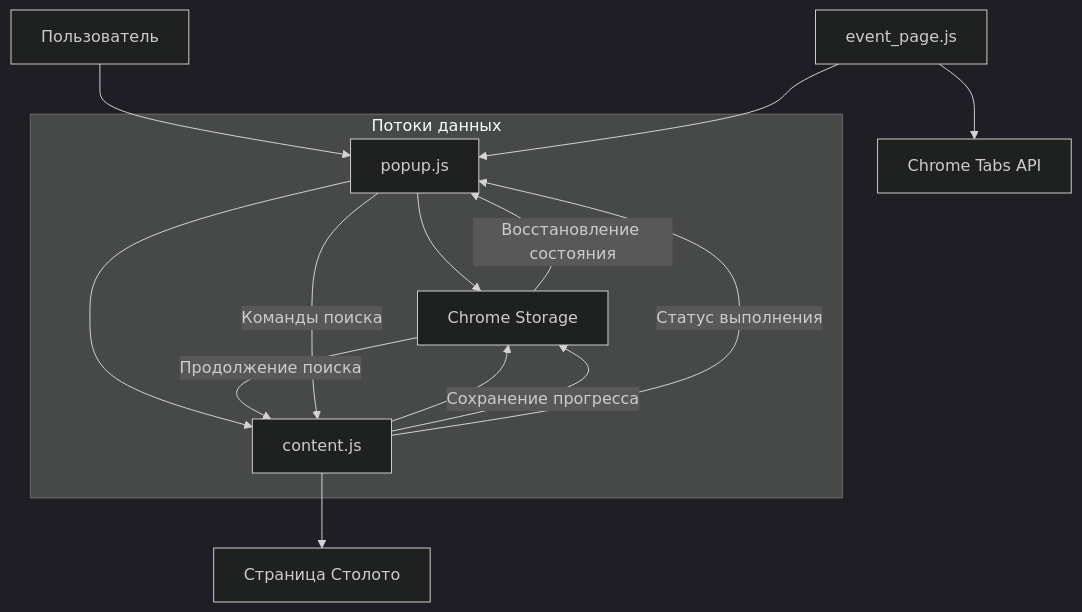
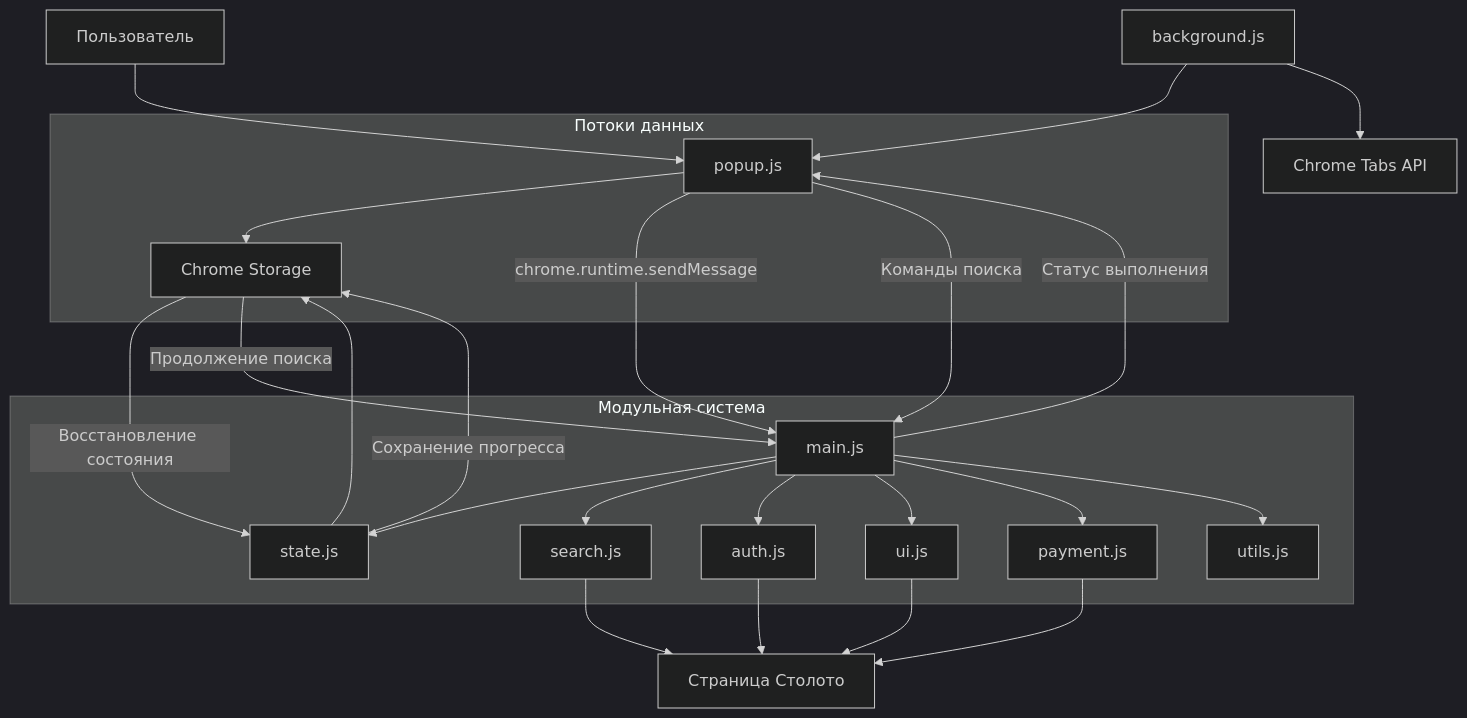
One commit to titbm/stoloto-autoclicker changed the diagram in docs/architecture/component-interaction.md. Above: the diagram before and after it, drawn with Mermaid (dark theme). The commit also changed other lines of this file and 10 other files, not shown here.

````diff
--- a/docs/architecture/component-interaction.md
+++ b/docs/architecture/component-interaction.md
@@ -9,18 +9,40 @@
 ```mermaid
 graph TB
     User[Пользователь] --> Popup[popup.js]
     Popup --> Storage[Chrome Storage]
-    Popup --> ContentScript[content.js]
-    ContentScript --> Storage
-    ContentScript --> WebPage[Страница Столото]
-    ServiceWorker[event_page.js] --> Popup
+    Popup --> |chrome.runtime.sendMessage| MainModule[main.js]
+    
+    MainModule --> StateModule[state.js]
+    MainModule --> SearchModule[search.js]
+    MainModule --> AuthModule[auth.js]
+    MainModule --> UIModule[ui.js]
+    MainModule --> PaymentModule[payment.js]
+    MainModule --> UtilsModule[utils.js]
+    
+    StateModule --> Storage
+    AuthModule --> WebPage[Страница Столото]
+    SearchModule --> WebPage
+    UIModule --> WebPage
+    PaymentModule --> WebPage
+    
+    ServiceWorker[background.js] --> Popup
     ServiceWorker --> Tabs[Chrome Tabs API]
     
+    subgraph "Модульная система"
+        MainModule
+        StateModule
+        SearchModule
+        AuthModule
+        UIModule
+        PaymentModule
+        UtilsModule
+    end
+    
     subgraph "Потоки данных"
-        Storage --> |Восстановление состояния| Popup
-        Storage --> |Продолжение поиска| ContentScript
-        ContentScript --> |Сохранение прогресса| Storage
-        Popup --> |Команды поиска| ContentScript
-        ContentScript --> |Статус выполнения| Popup
+        Storage --> |Восстановление состояния| StateModule
+        Storage --> |Продолжение поиска| MainModule
+        StateModule --> |Сохранение прогресса| Storage
+        Popup --> |Команды поиска| MainModule
+        MainModule --> |Статус выполнения| Popup
     end
 ```
````
